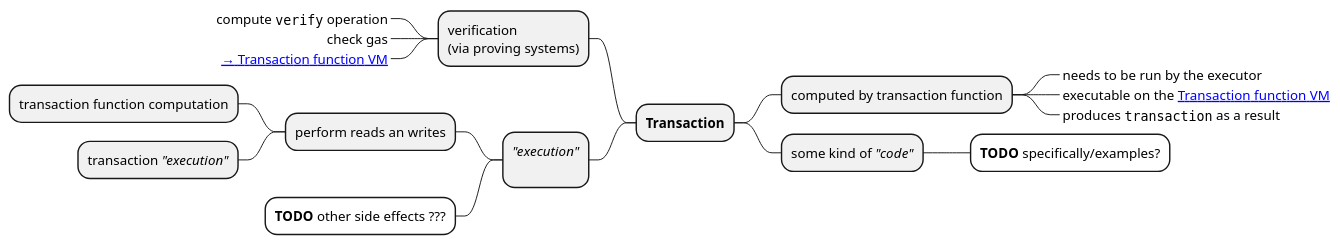
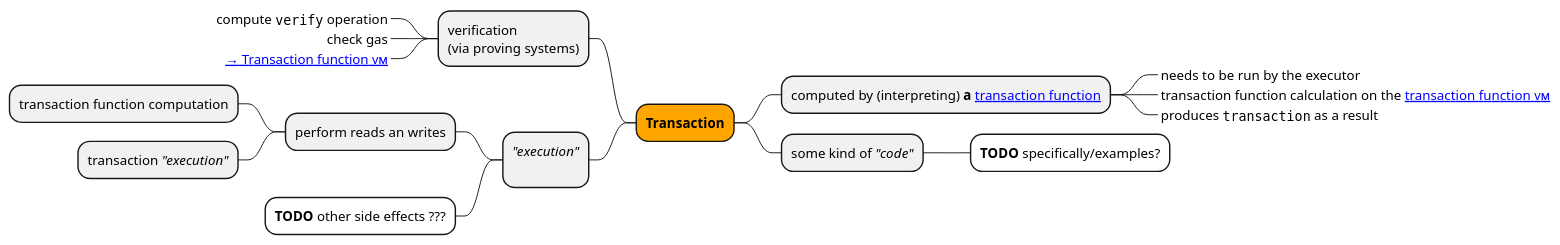
One commit to anoma/nspec changed the diagram in docs/arch/system/state/resource_machine_03/transaction-mindmap.puml. Above: the diagram before and after it, drawn with PlantUML.

Commit message:
some improvements (links)

```diff
--- a/docs/arch/system/state/resource_machine_03/transaction-mindmap.puml
+++ b/docs/arch/system/state/resource_machine_03/transaction-mindmap.puml
@@ -1,21 +1,21 @@
 @startmindmap
 
-+ **Transaction**
-++ computed by transaction function
++[#orange] **Transaction**
+++ computed by (interpreting) **a** [[https://specs.anoma.net/v0.1.4/arch/system/state/resource_machine/data_structures/transaction/transaction_function.html?h=function#transaction-function transaction function]]
 +++_ needs to be run by the executor
-+++_ executable on the [[https://specs.anoma.net/v0.1.4/arch/system/state/resource_machine/primitive_interfaces/transaction_function_vm.html?h=function Transaction function VM]]
++++_ transaction function calculation on the [[https://specs.anoma.net/v0.1.4/arch/system/state/resource_machine/primitive_interfaces/transaction_function_vm.html?h=function transaction function ᴠᴍ]]
 +++_ produces ""transaction"" as a result
 ++ some kind of //"code"//
 +++[#white] **TODO** specifically/examples?
 
 -- verification\n(via proving systems)
 ---_ compute ""verify"" operation
 ---_ check gas
----_ [[https://specs.anoma.net/v0.1.4/arch/system/state/resource_machine/primitive_interfaces/transaction_function_vm.html?h=function → Transaction function VM]]
+---_ [[https://specs.anoma.net/v0.1.4/arch/system/state/resource_machine/primitive_interfaces/transaction_function_vm.html?h=function → Transaction function ᴠᴍ]]
 -- //"execution"//\n
 --- perform reads an writes
 ---- transaction function computation
 ---- transaction //"execution"//
 ---[#white] **TODO** other side effects ???
 
 @endmindmap
```
